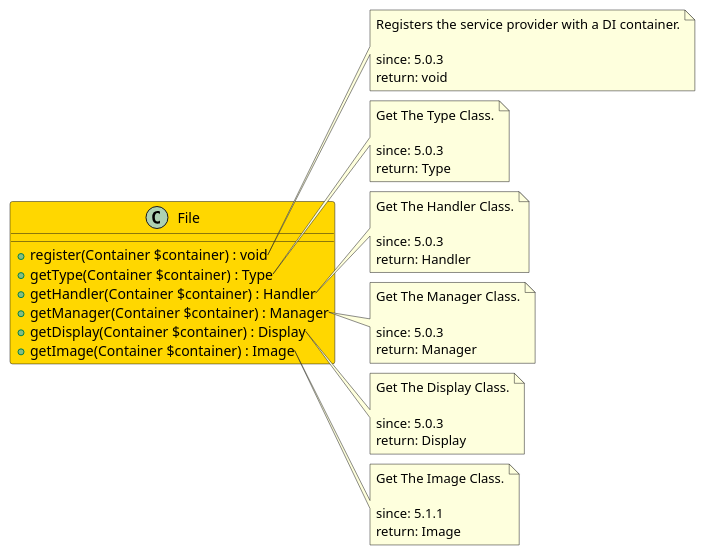
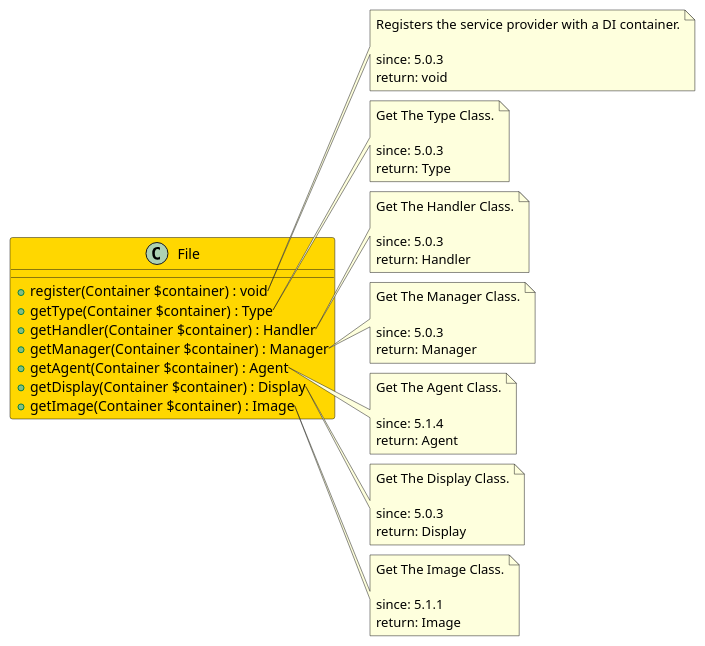
The diagram in src/202ccd9e-dfcf-4cde-a0ce-bde1fd27f088/README.md (joomengine/super-powers), drawn with PlantUML before and after one commit. The commit also changed 67 other files, not shown here.

````diff
--- a/src/202ccd9e-dfcf-4cde-a0ce-bde1fd27f088/README.md
+++ b/src/202ccd9e-dfcf-4cde-a0ce-bde1fd27f088/README.md
@@ -5,56 +5,64 @@
 ```uml
 @startuml
 
 class File  #Gold {
   + register(Container $container) : void
   + getType(Container $container) : Type
   + getHandler(Container $container) : Handler
   + getManager(Container $container) : Manager
+  + getAgent(Container $container) : Agent
   + getDisplay(Container $container) : Display
   + getImage(Container $container) : Image
 }
 
 note right of File::register
   Registers the service provider with a DI container.
 
   since: 5.0.3
   return: void
 end note
 
 note right of File::getType
   Get The Type Class.
 
   since: 5.0.3
   return: Type
 end note
 
 note right of File::getHandler
   Get The Handler Class.
 
   since: 5.0.3
   return: Handler
 end note
 
 note right of File::getManager
   Get The Manager Class.
 
   since: 5.0.3
   return: Manager
 end note
 
+note right of File::getAgent
+  Get The Agent Class.
+
+  since: 5.1.4
+  return: Agent
+end note
+
 note right of File::getDisplay
   Get The Display Class.
 
   since: 5.0.3
   return: Display
 end note
 
 note right of File::getImage
   Get The Image Class.
 
   since: 5.1.1
   return: Image
 end note
 
 @enduml
 ```
````
